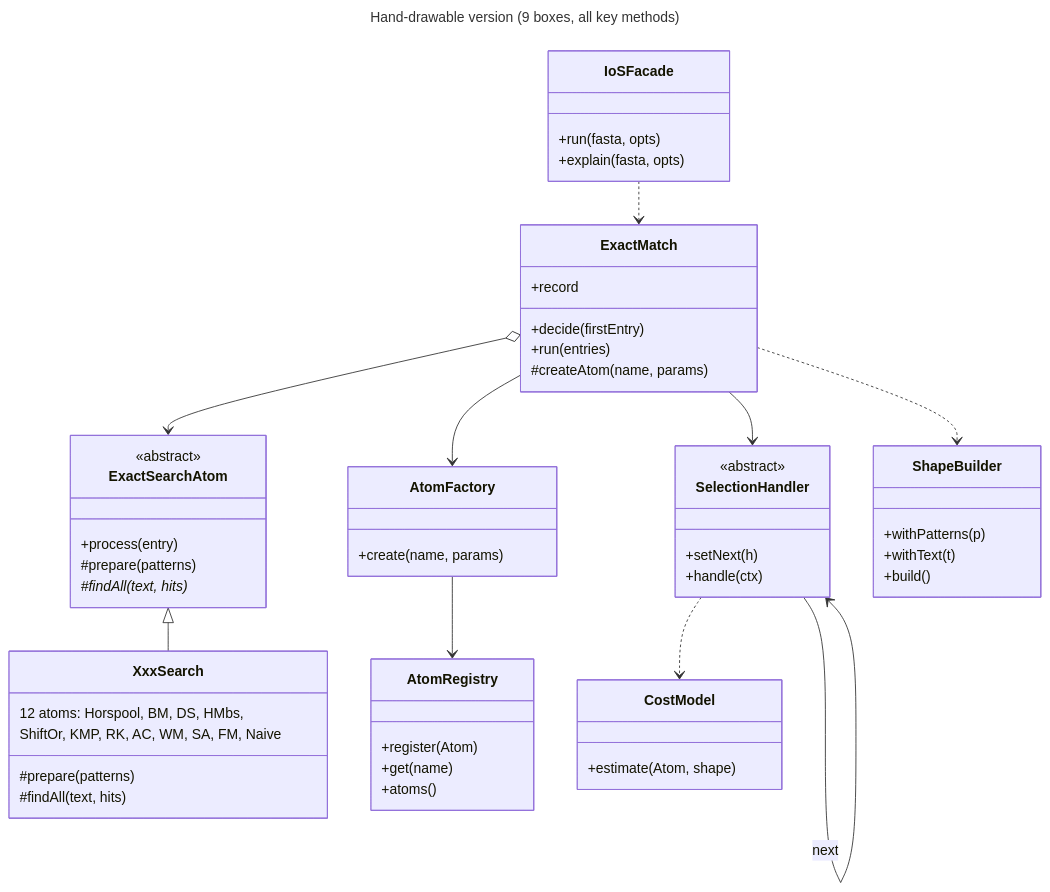
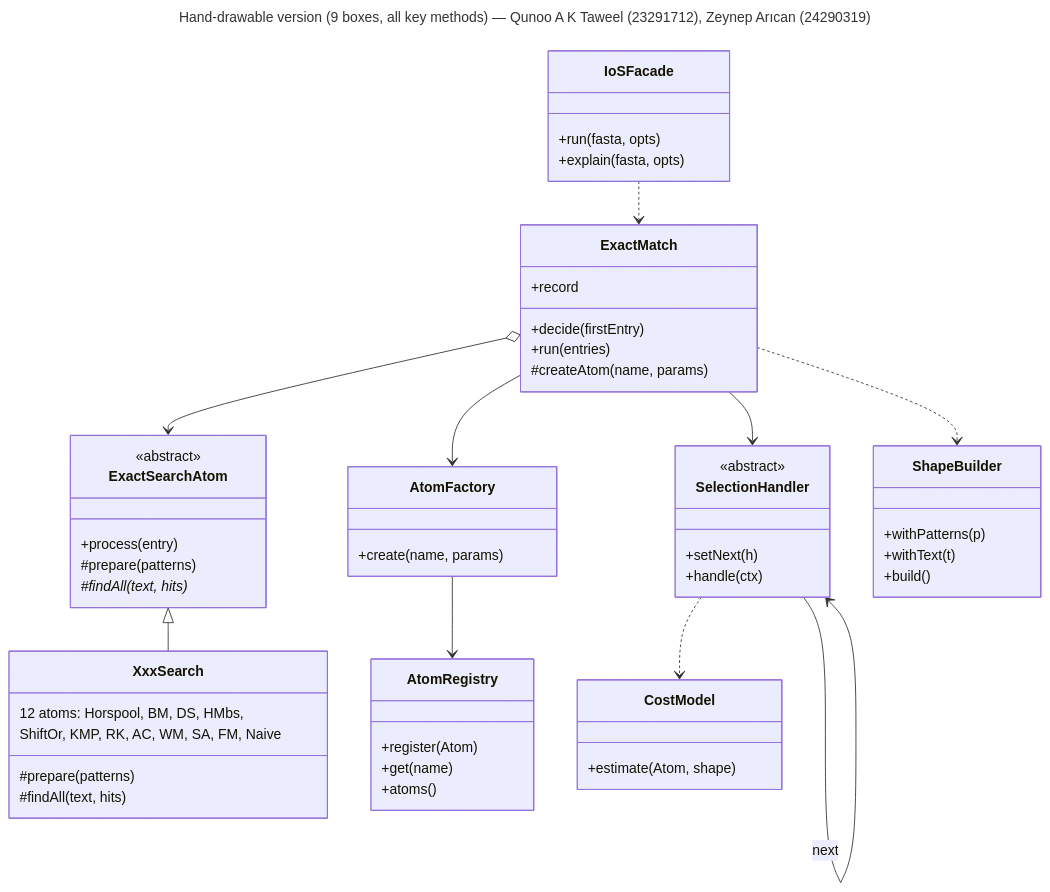
The diagram in docs/uml/06-hand-drawable.mmd (Qanoo-Taweel/ios-adaptive-exact-match), drawn with Mermaid before and after one commit. The commit also changed 29 other files, not shown here.

First line of the commit message:
Report and UML: both authors with student numbers, layout fixes, print-ready UML PDF

```diff
--- a/docs/uml/06-hand-drawable.mmd
+++ b/docs/uml/06-hand-drawable.mmd
@@ -1,57 +1,57 @@
 ---
-title: Hand-drawable version (9 boxes, all key methods)
+title: Hand-drawable version (9 boxes, all key methods) — Qunoo A K Taweel (23291712), Zeynep Arıcan (24290319)
 ---
 classDiagram
   direction TB
   class ExactSearchAtom {
     <<abstract>>
     +process(entry)
     #prepare(patterns)
     #findAll(text, hits)*
   }
   class XxxSearch {
     12 atoms: Horspool, BM, DS, HMbs,
     ShiftOr, KMP, RK, AC, WM, SA, FM, Naive
     #prepare(patterns)
     #findAll(text, hits)
   }
   class ExactMatch {
     +record
     +decide(firstEntry)
     +run(entries)
     #createAtom(name, params)
   }
   class AtomRegistry {
     +register(Atom)
     +get(name)
     +atoms()
   }
   class AtomFactory {
     +create(name, params)
   }
   class SelectionHandler {
     <<abstract>>
     +setNext(h)
     +handle(ctx)
   }
   class CostModel {
     +estimate(Atom, shape)
   }
   class ShapeBuilder {
     +withPatterns(p)
     +withText(t)
     +build()
   }
   class IoSFacade {
     +run(fasta, opts)
     +explain(fasta, opts)
   }
   ExactSearchAtom <|-- XxxSearch
   ExactMatch o--> ExactSearchAtom
   ExactMatch --> SelectionHandler
   ExactMatch --> AtomFactory
   ExactMatch ..> ShapeBuilder
   SelectionHandler --> SelectionHandler : next
   SelectionHandler ..> CostModel
   AtomFactory --> AtomRegistry
   IoSFacade ..> ExactMatch
```
